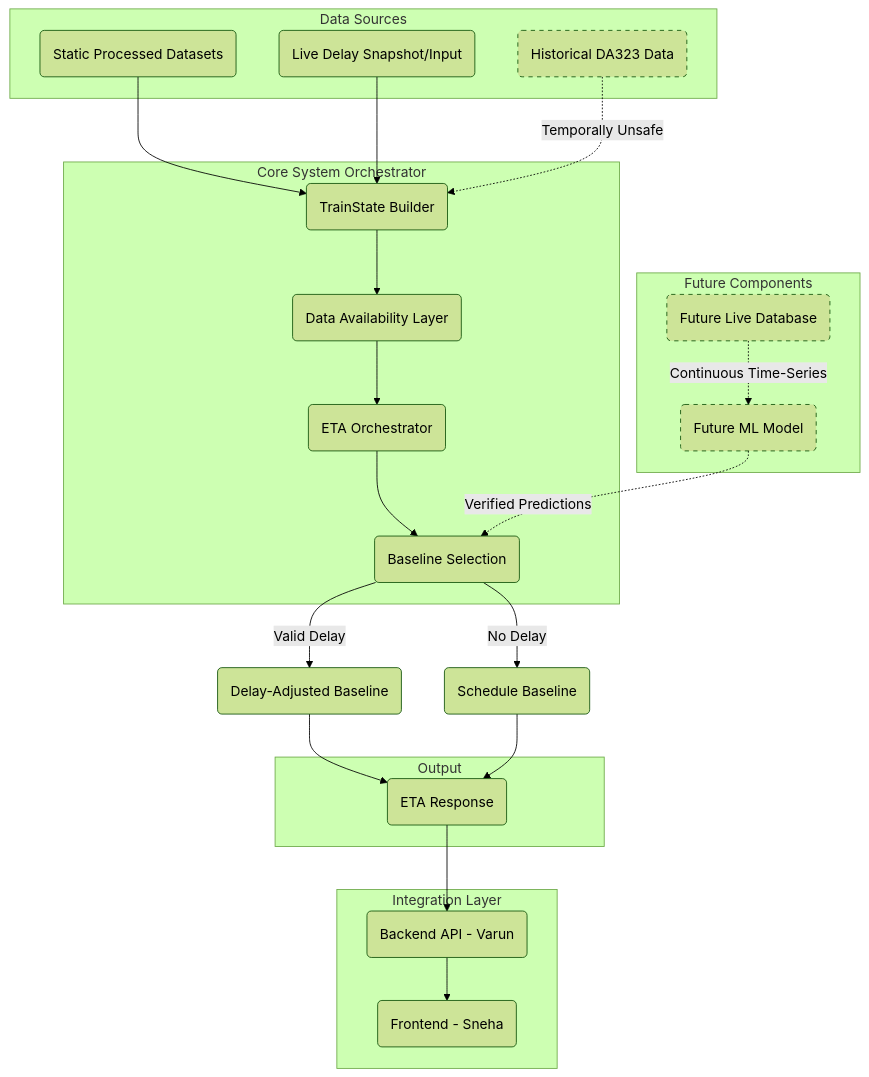
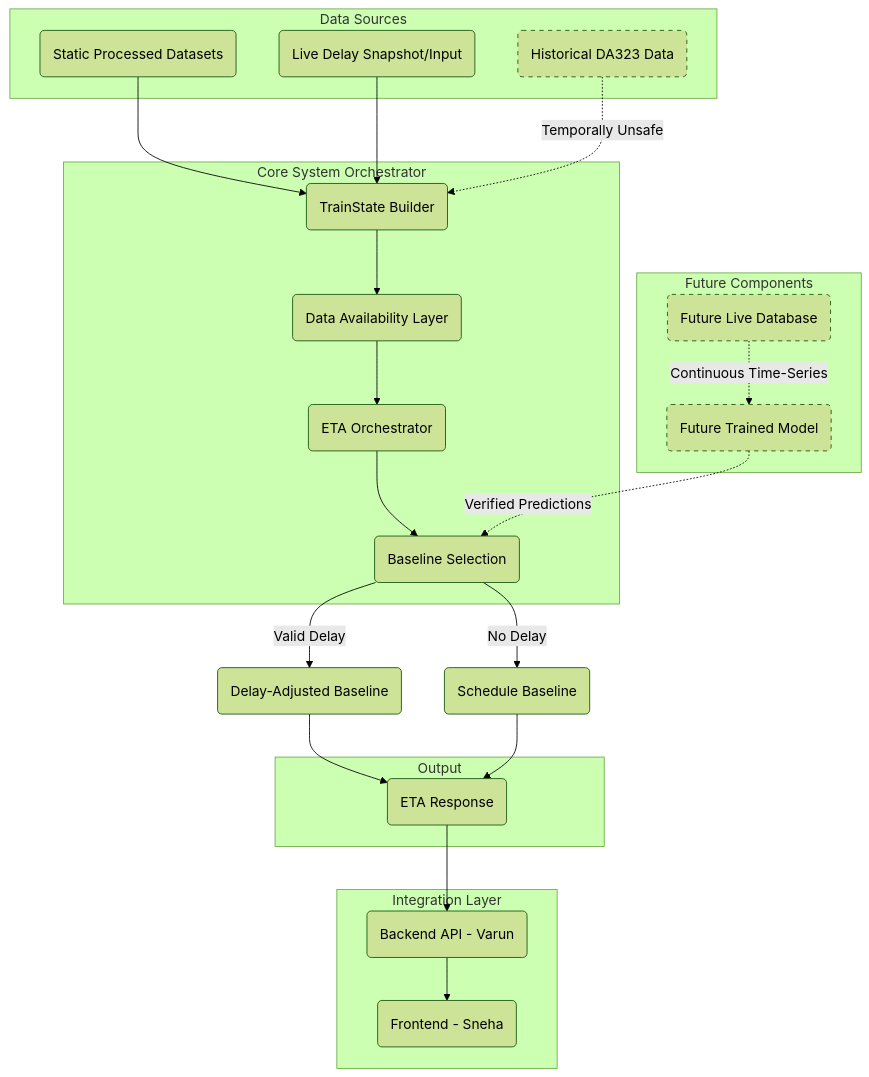
One commit to Vivek-Biswal/SIH_ETA changed the diagram in railway_eta_data/docs/final_system_data_flow.md. Above: the diagram before and after it, drawn with Mermaid (forest theme). The commit also changed other lines of this file and 101 other files, not shown here.

````diff
--- a/railway_eta_data/docs/final_system_data_flow.md
+++ b/railway_eta_data/docs/final_system_data_flow.md
@@ -5,53 +11,53 @@
 ```mermaid
 graph TD
     subgraph Data Sources
         SD(Static Processed Datasets)
         LD(Live Delay Snapshot/Input)
         HD(Historical DA323 Data)
     end
 
     subgraph Core System Orchestrator
         TSB(TrainState Builder)
         DAL(Data Availability Layer)
         ETAO(ETA Orchestrator)
         BS(Baseline Selection)
     end
     
     subgraph Output
         ER(ETA Response)
     end
     
     subgraph Integration Layer
         BA(Backend API - Varun)
         FE(Frontend - Sneha)
     end
     
     subgraph Future Components
-        ML(Future ML Model)
+        MODEL(Future Trained Model)
         LDB(Future Live Database)
     end
 
     SD --> TSB
     LD --> TSB
     HD -.->|Temporally Unsafe| TSB
     
     TSB --> DAL
     DAL --> ETAO
     ETAO --> BS
     
     BS -- "Valid Delay" --> DAB(Delay-Adjusted Baseline)
     BS -- "No Delay" --> SB(Schedule Baseline)
     
     DAB --> ER
     SB --> ER
     
     ER --> BA
     BA --> FE
     
-    LDB -.->|Continuous Time-Series| ML
-    ML -.->|Verified Predictions| BS
+    LDB -.->|Continuous Time-Series| MODEL
+    MODEL -.->|Verified Predictions| BS
     
     classDef future stroke-dasharray: 5 5;
-    class ML,LDB future;
+    class MODEL,LDB future;
     class HD future;
 ```
````
